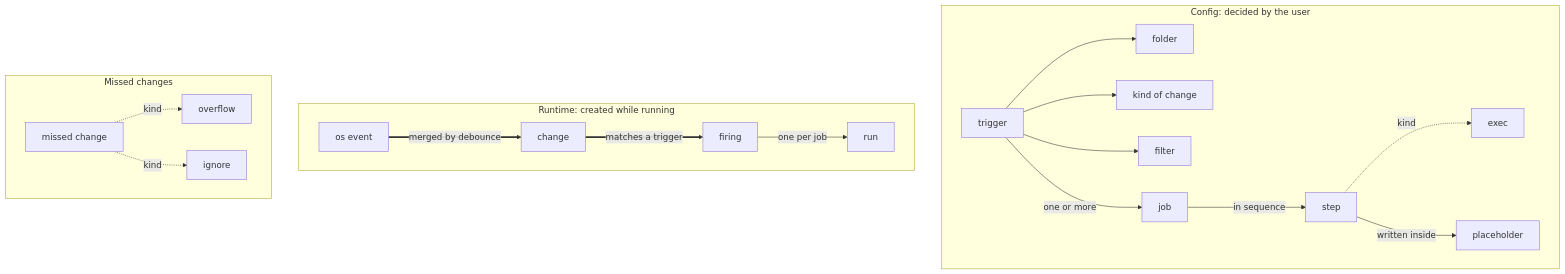
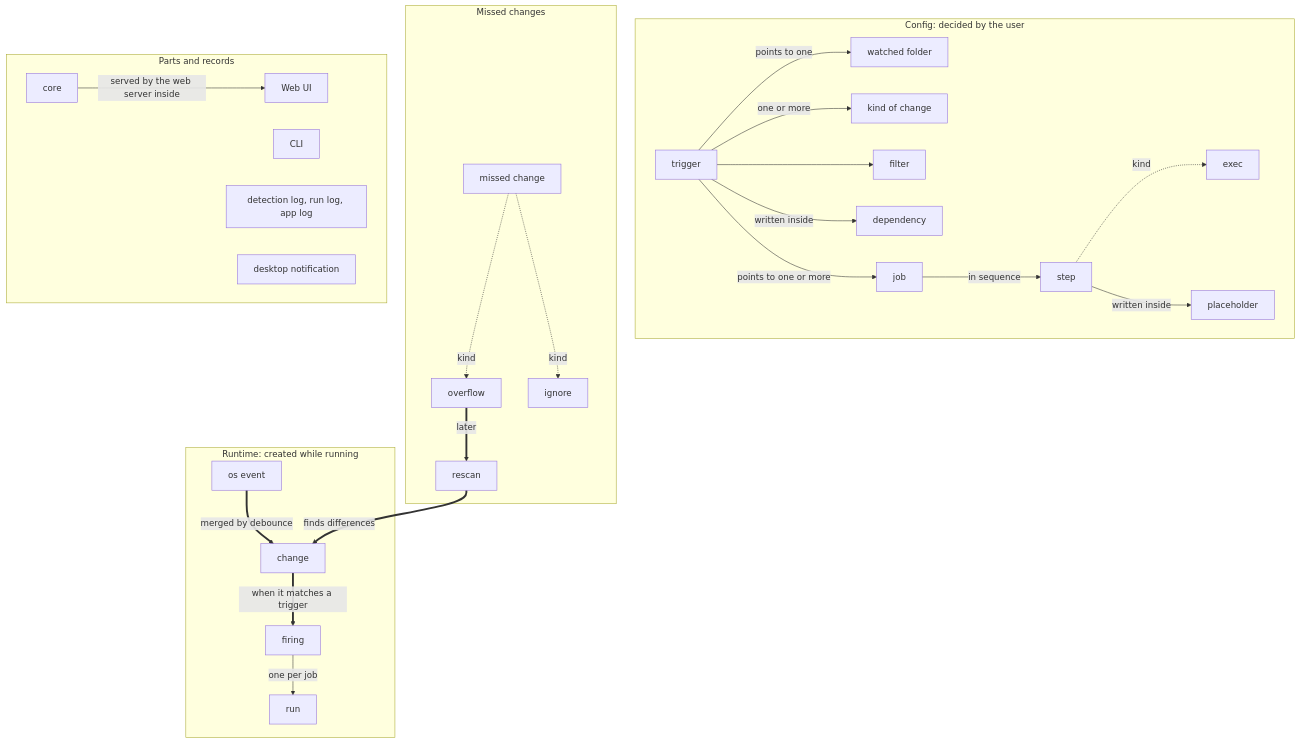
One commit to capypara20/Foxonar changed the diagram in docs/glossary.md. Above: the diagram before and after it, drawn with Mermaid. The commit also changed other lines of this file and 18 other files, not shown here.

````diff
--- a/docs/glossary.md
+++ b/docs/glossary.md
@@ -25,38 +27,53 @@
 ```mermaid
 flowchart TD
   subgraph user["Config: decided by the user"]
     trigger["trigger"]
-    folder["folder"]
+    folder["watched folder"]
     kind["kind of change"]
     filter["filter"]
+    dep["dependency"]
     job["job"]
     step["step"]
     exec["exec"]
     ph["placeholder"]
-    trigger --> folder
-    trigger --> kind
+    trigger -->|points to one| folder
+    trigger -->|one or more| kind
     trigger --> filter
-    trigger -->|one or more| job
+    trigger -->|written inside| dep
+    trigger -->|points to one or more| job
     job -->|in sequence| step
     step -.->|kind| exec
     step -->|written inside| ph
   end
 
   subgraph runtime["Runtime: created while running"]
     osev["os event"]
     change["change"]
     firing["firing"]
     run["run"]
     osev ==>|merged by debounce| change
-    change ==>|matches a trigger| firing
+    change ==>|when it matches a trigger| firing
     firing -->|one per job| run
   end
 
   subgraph missed["Missed changes"]
     miss["missed change"]
     overflow["overflow"]
     ignore["ignore"]
+    rescan["rescan"]
     miss -.->|kind| overflow
     miss -.->|kind| ignore
   end
+
+  overflow ==>|later| rescan
+  rescan ==>|finds differences| change
+
+  subgraph parts["Parts and records"]
+    core["core"]
+    webui["Web UI"]
+    cli["CLI"]
+    logs["detection log, run log, app log"]
+    toast["desktop notification"]
+    core -->|served by the web server inside| webui
+  end
 ```
````
